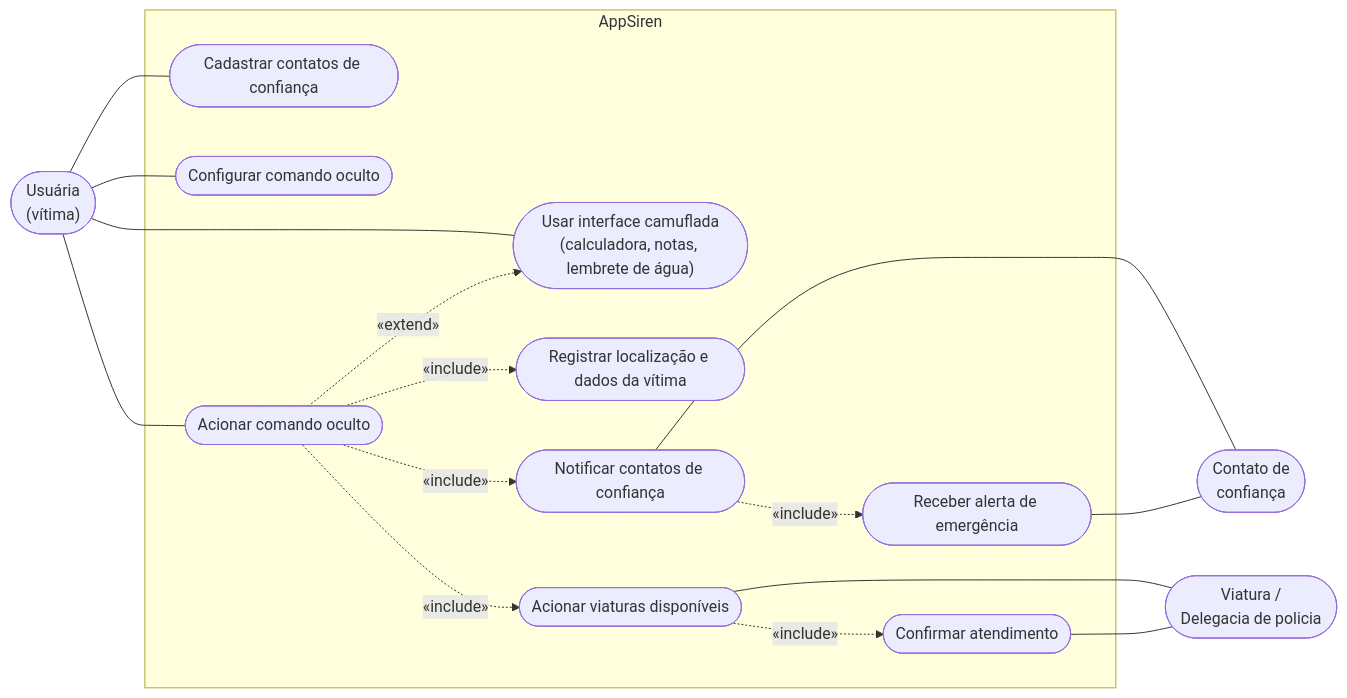
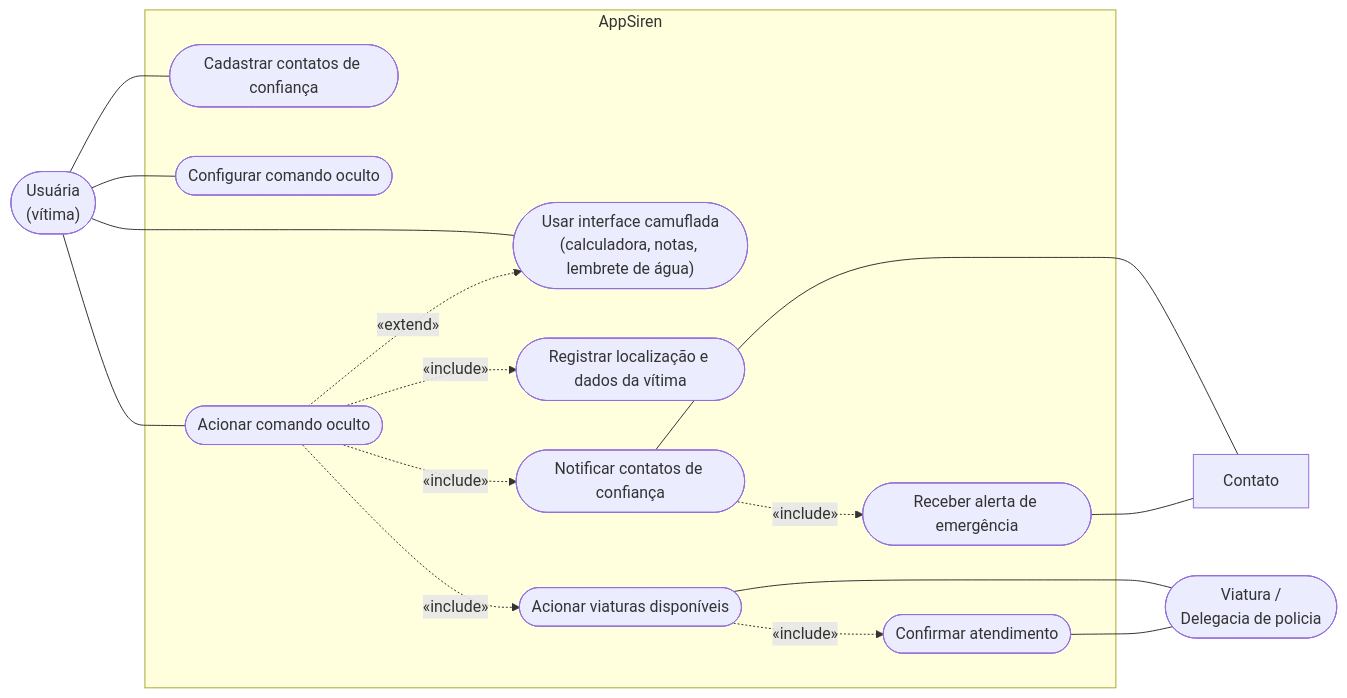
One commit to ProAtom10/Siren changed the diagram in documentacao/diagramas.md. Above: the diagram before and after it, drawn with Mermaid.

Commit message:
Remove 'Contato de confiança' from diagram
Removed 'Contato de confiança' node from the flowchart.

````diff
--- a/documentacao/diagramas.md
+++ b/documentacao/diagramas.md
@@ -1,35 +1,34 @@
 ```mermaid
 flowchart LR
     Usuaria([" Usuária<br/>(vítima)"])
-    Contato([" Contato de<br/>confiança"])
     Viatura([" Viatura /<br/>Delegacia de policia"])
 
     subgraph Sistema["AppSiren"]
         UC1(["Usar interface camuflada<br/>(calculadora, notas, lembrete de água)"])
         UC2(["Cadastrar contatos de confiança"])
         UC3(["Configurar comando oculto"])
         UC4(["Acionar comando oculto"])
         UC5(["Registrar localização e dados da vítima"])
         UC6(["Notificar contatos de confiança"])
         UC7(["Acionar viaturas disponíveis"])
         UC8(["Receber alerta de emergência"])
         UC9(["Confirmar atendimento"])
     end
 
     Usuaria --- UC1
     Usuaria --- UC2
     Usuaria --- UC3
     Usuaria --- UC4
 
     UC4 -. "«include»" .-> UC5
     UC4 -. "«include»" .-> UC6
     UC4 -. "«include»" .-> UC7
     UC4 -. "«extend»" .-> UC1
 
     UC6 --- Contato
     UC8 --- Contato
     UC7 --- Viatura
     UC9 --- Viatura
     UC6 -. "«include»" .-> UC8
     UC7 -. "«include»" .-> UC9
 ```
````
